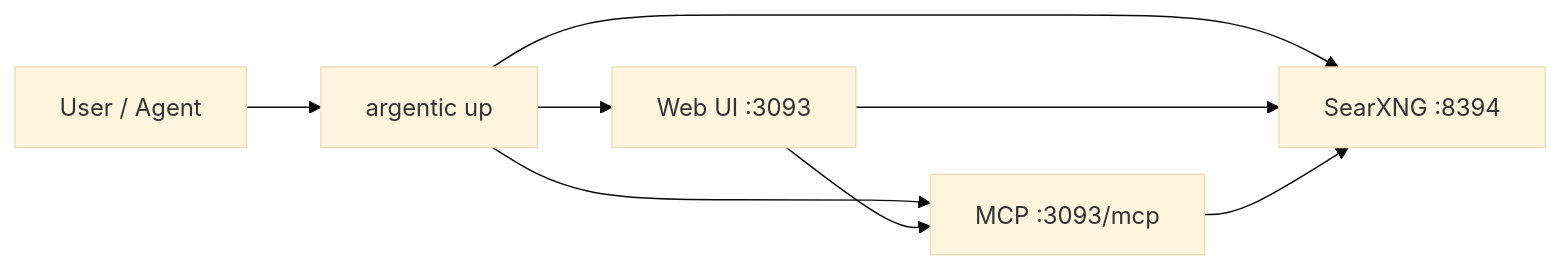
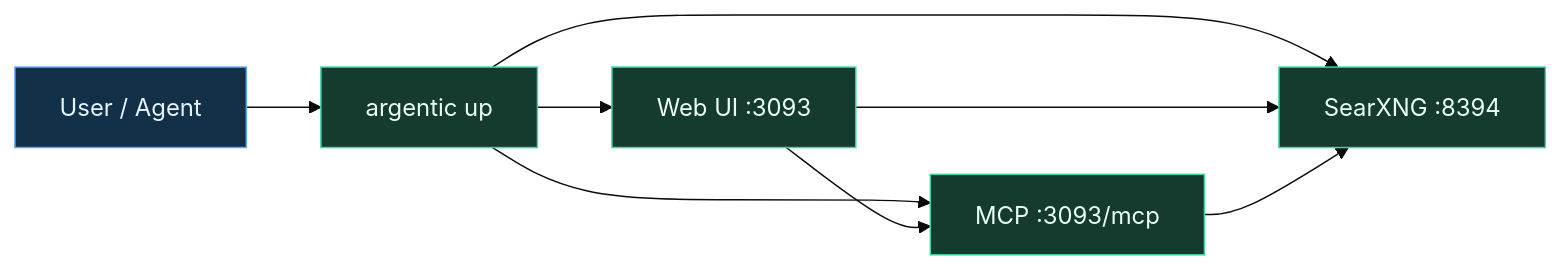
One commit to zvspuentus-rgb/Argentic-Search-Lab changed the first of 2 diagrams in README.md. Above: the diagram before and after it, drawn with Mermaid (base theme). The commit also changed other lines of this file and 1 other file, not shown here.

Commit message:
docs(node-branch): style MCP mermaid workflows to match main visual theme

````diff
--- a/README.md
+++ b/README.md
@@ -29,10 +29,15 @@
 ```mermaid
 flowchart LR
     U["User / Agent"] --> C["argentic up"]
     C --> UI["Web UI :3093"]
     C --> MCP["MCP :3093/mcp"]
     C --> SX["SearXNG :8394"]
     UI --> MCP
     UI --> SX
     MCP --> SX
+    classDef entry fill:#123047,stroke:#5fa8ff,color:#e8f4ff,stroke-width:1px;
+    classDef runtime fill:#153a2e,stroke:#43d3a8,color:#eafff6,stroke-width:1px;
+    classDef tools fill:#3a1d12,stroke:#ffb067,color:#fff2e8,stroke-width:1px;
+    class U entry;
+    class C,UI,MCP,SX runtime;
 ```
````
